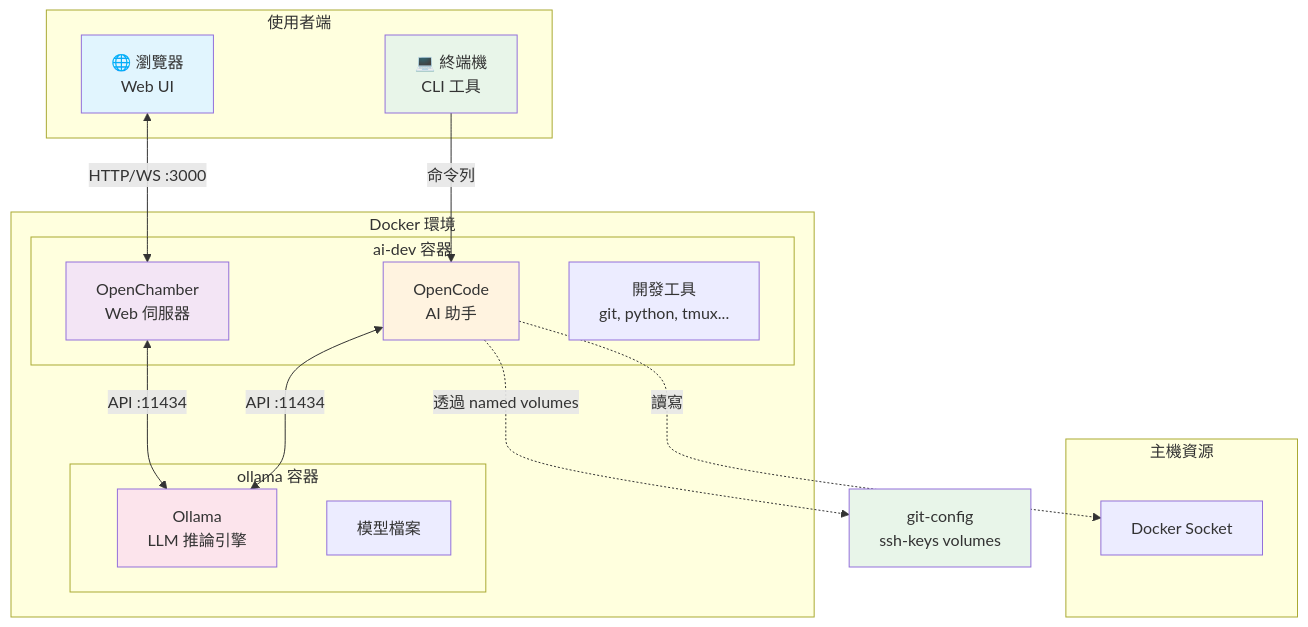
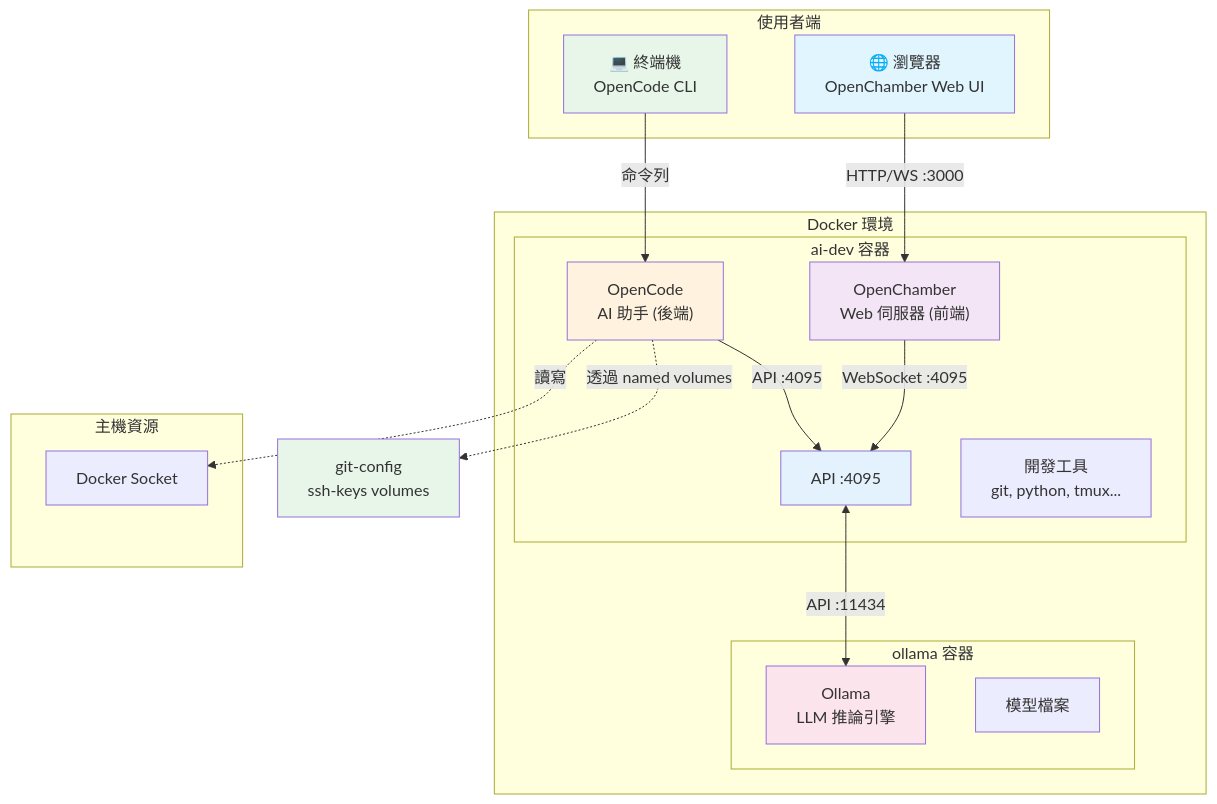
The first of 12 diagrams in docs/ARCHITECTURE.md (tryweb/ai-engkit), drawn with Mermaid before and after one commit. The commit also changed other lines of this file and 1 other file, not shown here.

First line of the commit message:
docs: update architecture and changelog for OpenCode/OpenChamber relationship

````diff
--- a/docs/ARCHITECTURE.md
+++ b/docs/ARCHITECTURE.md
@@ -20,39 +20,42 @@
 ```mermaid
 graph TB
     subgraph "使用者端"
-        BROWSER["🌐 瀏覽器<br/>Web UI"]
-        TERMINAL["💻 終端機<br/>CLI 工具"]
+        BROWSER["🌐 瀏覽器<br/>OpenChamber Web UI"]
+        TERMINAL["💻 終端機<br/>OpenCode CLI"]
     end
 
     subgraph "Docker 環境"
         subgraph "ai-dev 容器"
-            OC["OpenCode<br/>AI 助手"]
-            CH["OpenChamber<br/>Web 伺服器"]
+            OC["OpenCode<br/>AI 助手 (後端)"]
+            CH["OpenChamber<br/>Web 伺服器 (前端)"]
+            API["API :4095"]
             TOOLS["開發工具<br/>git, python, tmux..."]
         end
 
         subgraph "ollama 容器"
             OLLAMA["Ollama<br/>LLM 推論引擎"]
             MODELS["模型檔案"]
         end
     end
 
     subgraph "主機資源"
         HOST_DOCKER["Docker Socket"]
     end
 
-    BROWSER <-->|"HTTP/WS :3000"| CH
+    BROWSER -->|"HTTP/WS :3000"| CH
+    CH -->|"WebSocket :4095"| API
     TERMINAL -->|"命令列"| OC
-    CH <-->|"API :11434"| OLLAMA
-    OC <-->|"API :11434"| OLLAMA
+    OC -->|"API :4095"| API
+    API <-->|"API :11434"| OLLAMA
     
     OC -.->|"透過 named volumes"| GIT_VOLS["git-config<br/>ssh-keys volumes"]
     OC -.->|"讀寫"| HOST_DOCKER
 
     style BROWSER fill:#e1f5fe
     style TERMINAL fill:#e8f5e9
     style OC fill:#fff3e0
     style CH fill:#f3e5f5
+    style API fill:#e3f2fd
     style OLLAMA fill:#fce4ec
     style GIT_VOLS fill:#e8f5e9
 ```
````
